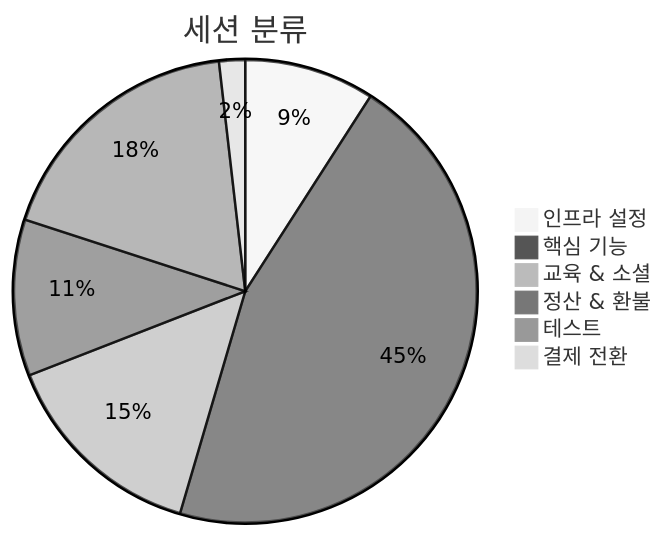
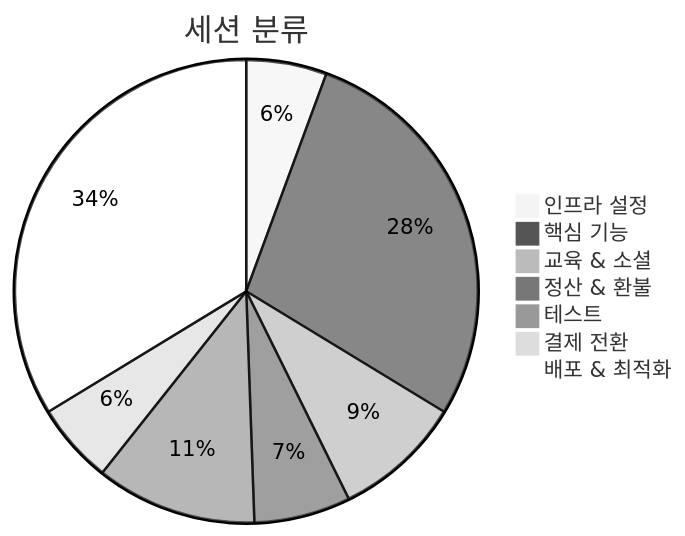
One commit to vibeolympics-crypto/vibe-olympics changed the second of 2 diagrams in docs/obsidian/Sessions/session-index.md. Above: the diagram before and after it, drawn with Mermaid (neutral theme). The commit also changed other lines of this file and 5 other files, not shown here.

````diff
--- a/docs/obsidian/Sessions/session-index.md
+++ b/docs/obsidian/Sessions/session-index.md
@@ -140,9 +178,10 @@
 ```mermaid
 pie title 세션 분류
     "인프라 설정" : 5
     "핵심 기능" : 25
     "교육 & 소셜" : 8
     "정산 & 환불" : 6
     "테스트" : 10
-    "결제 전환" : 1
+    "결제 전환" : 5
+    "배포 & 최적화" : 30
 ```
````
